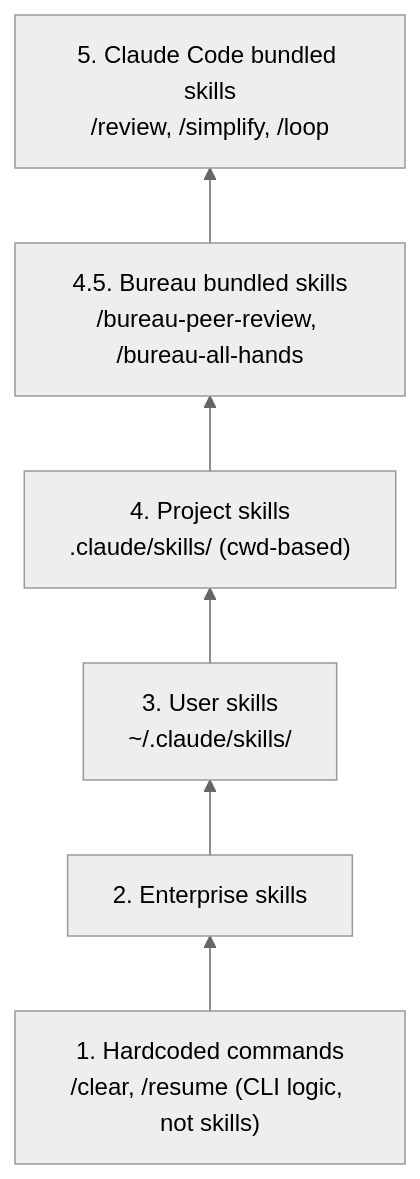
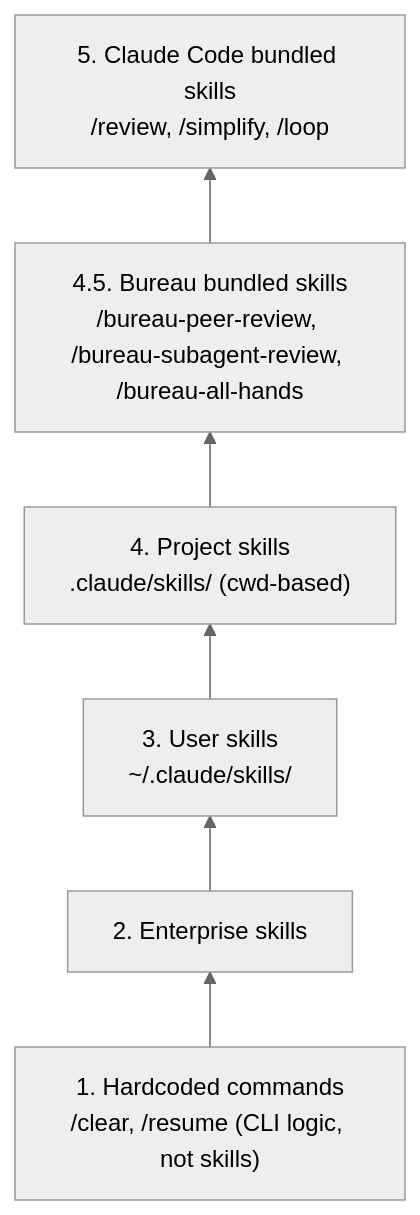
One commit to smeltery/bureau changed the sixth of 9 diagrams in articles/punching-in-building-an-office-for-ai-agents.md. Above: the diagram before and after it, drawn with Mermaid (neutral theme). The commit also changed other lines of this file, not shown here.

First line of the commit message:
docs(article): surface bureau-subagent-review and new operator commands

````diff
--- a/articles/punching-in-building-an-office-for-ai-agents.md
+++ b/articles/punching-in-building-an-office-for-ai-agents.md
@@ -372,12 +372,12 @@
 ```mermaid
 graph BT
     P1["1. Hardcoded commands<br/>/clear, /resume (CLI logic, not skills)"]
     P2["2. Enterprise skills"]
     P3["3. User skills<br/>~/.claude/skills/"]
     P4["4. Project skills<br/>.claude/skills/ (cwd-based)"]
-    P45["4.5. Bureau bundled skills<br/>/bureau-peer-review, /bureau-all-hands"]
+    P45["4.5. Bureau bundled skills<br/>/bureau-peer-review, /bureau-subagent-review, /bureau-all-hands"]
     P5["5. Claude Code bundled skills<br/>/review, /simplify, /loop"]
 
     P1 --> P2 --> P3 --> P4 --> P45 --> P5
 
 ```
````
